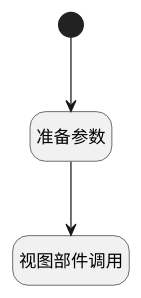
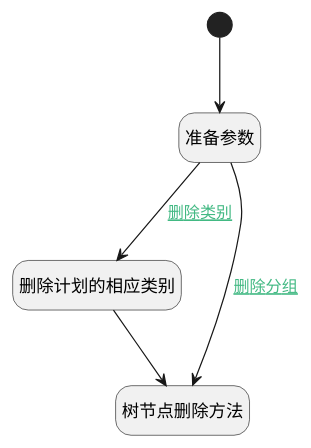
Before and after one commit to iBizLab/plm: the diagram in doc/docsify/module/Base/baseline/uilogic/remove_section_or_category.md, drawn with PlantUML. The commit also changed other lines of this file and 1068 other files, not shown here.

````diff
--- a/doc/docsify/module/Base/baseline/uilogic/remove_section_or_category.md
+++ b/doc/docsify/module/Base/baseline/uilogic/remove_section_or_category.md
@@ -7,21 +7,24 @@
 ```plantuml
 @startuml
 hide footbox
 <style>
 root {
   HyperlinkColor #42b983
 }
 </style>
 
 hide empty description
 state "开始" as Begin <<start>> [[$./remove_section_or_category#begin {开始}]]
+state "删除计划的相应类别" as DEACTION1  [[$./remove_section_or_category#deaction1 {删除计划的相应类别}]]
 state "准备参数" as PREPAREJSPARAM1  [[$./remove_section_or_category#preparejsparam1 {准备参数}]]
-state "视图部件调用" as VIEWCTRLINVOKE1  [[$./remove_section_or_category#viewctrlinvoke1 {视图部件调用}]]
+state "树节点删除方法" as VIEWCTRLINVOKE1  [[$./remove_section_or_category#viewctrlinvoke1 {树节点删除方法}]]
 
 
 Begin --> PREPAREJSPARAM1
-PREPAREJSPARAM1 --> VIEWCTRLINVOKE1
+PREPAREJSPARAM1 --> DEACTION1 : [[$./remove_section_or_category#preparejsparam1-deaction1{删除类别} 删除类别]]
+DEACTION1 --> VIEWCTRLINVOKE1
+PREPAREJSPARAM1 --> VIEWCTRLINVOKE1 : [[$./remove_section_or_category#preparejsparam1-viewctrlinvoke1{删除分组} 删除分组]]
 
 
 @enduml
 ```
````
